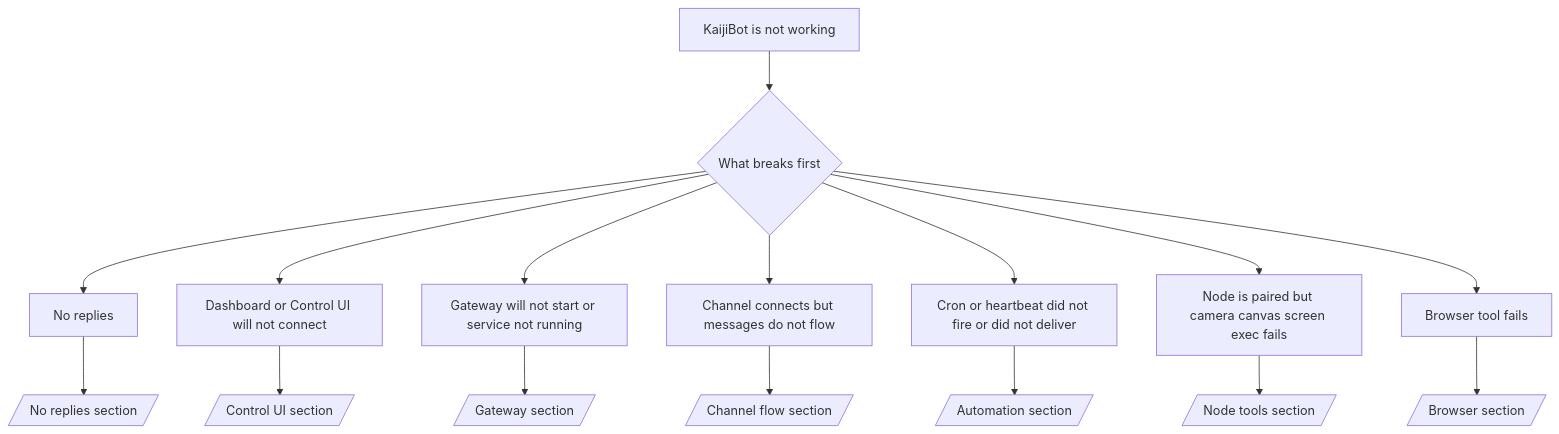
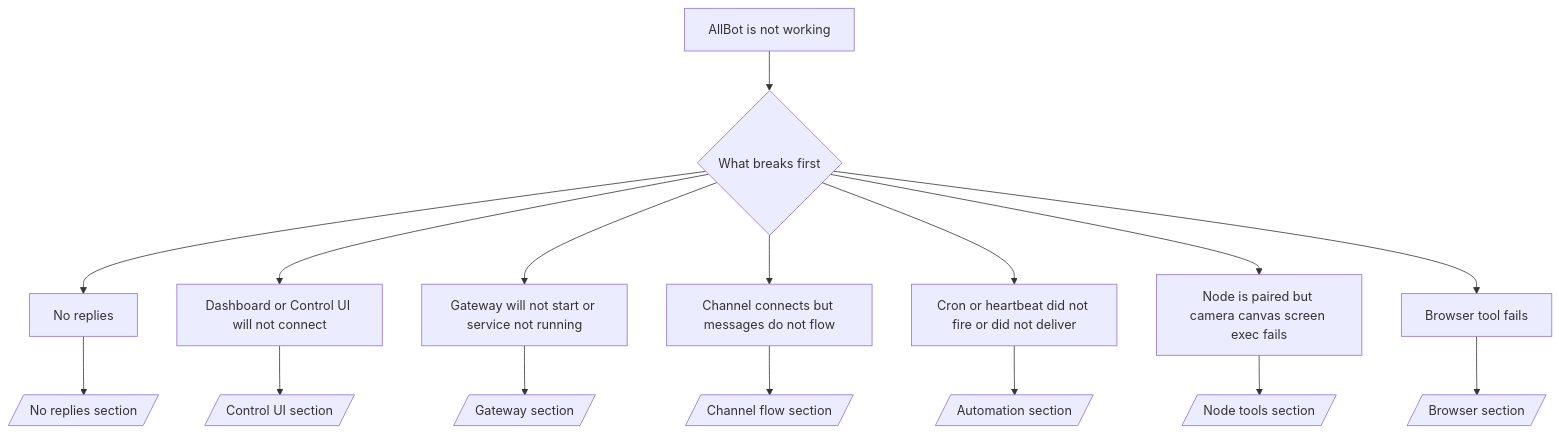
The diagram in docs/help/troubleshooting.md (SxLiuYu/allbot), drawn with Mermaid before and after one commit. The commit also changed other lines of this file and 4650 other files, not shown here.

First line of the commit message:
refactor: rename project to AllBot

````diff
--- a/docs/help/troubleshooting.md
+++ b/docs/help/troubleshooting.md
@@ -87,19 +87,19 @@
 ```mermaid
 flowchart TD
-  A[KaijiBot is not working] --> B{What breaks first}
+  A[AllBot is not working] --> B{What breaks first}
   B --> C[No replies]
   B --> D[Dashboard or Control UI will not connect]
   B --> E[Gateway will not start or service not running]
   B --> F[Channel connects but messages do not flow]
   B --> G[Cron or heartbeat did not fire or did not deliver]
   B --> H[Node is paired but camera canvas screen exec fails]
   B --> I[Browser tool fails]
 
   C --> C1[/No replies section/]
   D --> D1[/Control UI section/]
   E --> E1[/Gateway section/]
   F --> F1[/Channel flow section/]
   G --> G1[/Automation section/]
   H --> H1[/Node tools section/]
   I --> I1[/Browser section/]
 ```
````
